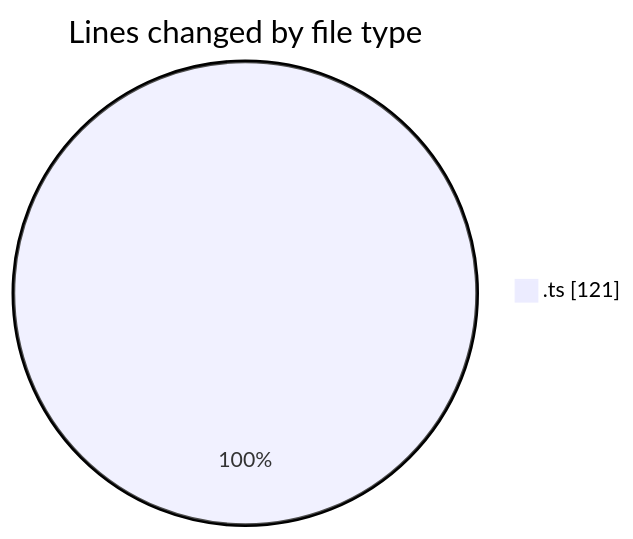
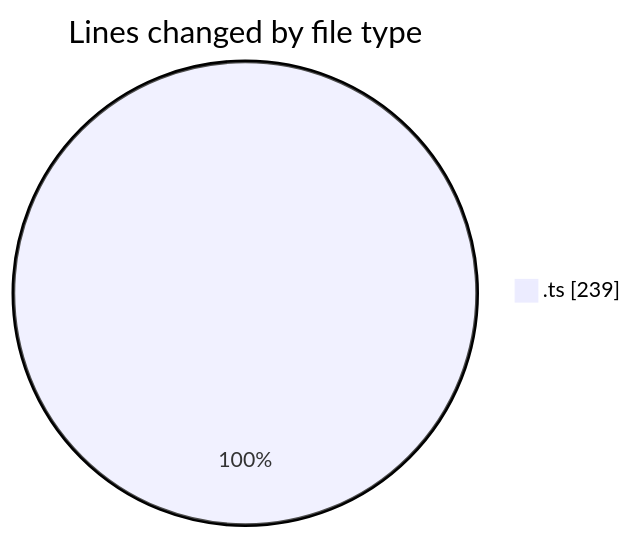
The first of 2 diagrams in 2025-09-12/cda/README.md (momahboobian/code-tracking), drawn with Mermaid before and after one commit. The commit also changed other lines of this file and 1 other file, not shown here.

````diff
--- a/2025-09-12/cda/README.md
+++ b/2025-09-12/cda/README.md
@@ -21,5 +22,5 @@
 ```mermaid
 pie showData
 title Lines changed by file type
-".ts" : 121
+".ts" : 239
 ```
````
